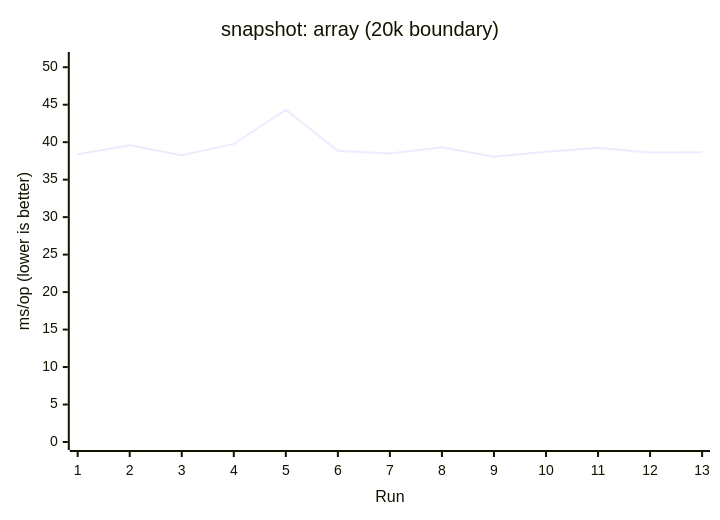
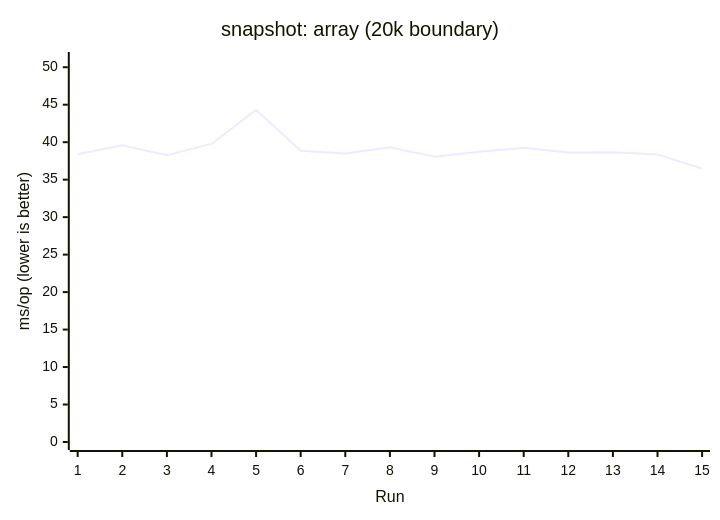
Before and after one commit to AIluffy/io: the first of 17 diagrams in apps/docs/src/content/docs/en/guides/benchmark.mdx, drawn with Mermaid. The commit also changed other lines of this file and 7 other files, not shown here.

````diff
--- a/apps/docs/src/content/docs/en/guides/benchmark.mdx
+++ b/apps/docs/src/content/docs/en/guides/benchmark.mdx
@@ -179,7 +181,7 @@
 ```mermaid
 xychart-beta
   title "snapshot: array (20k boundary)"
-  x-axis "Run" [1, 2, 3, 4, 5, 6, 7, 8, 9, 10, 11, 12, 13]
+  x-axis "Run" [1, 2, 3, 4, 5, 6, 7, 8, 9, 10, 11, 12, 13, 14, 15]
   y-axis "ms/op (lower is better)" 0 --> 50.9648
-  line [38.3919, 39.5763, 38.256, 39.7677, 44.3172, 38.8518, 38.4879, 39.3373, 38.0714, 38.7314, 39.2405, 38.6115, 38.6693]
+  line [38.3919, 39.5763, 38.256, 39.7677, 44.3172, 38.8518, 38.4879, 39.3373, 38.0714, 38.7314, 39.2405, 38.6115, 38.6693, 38.3462, 36.4813]
 ```
````
